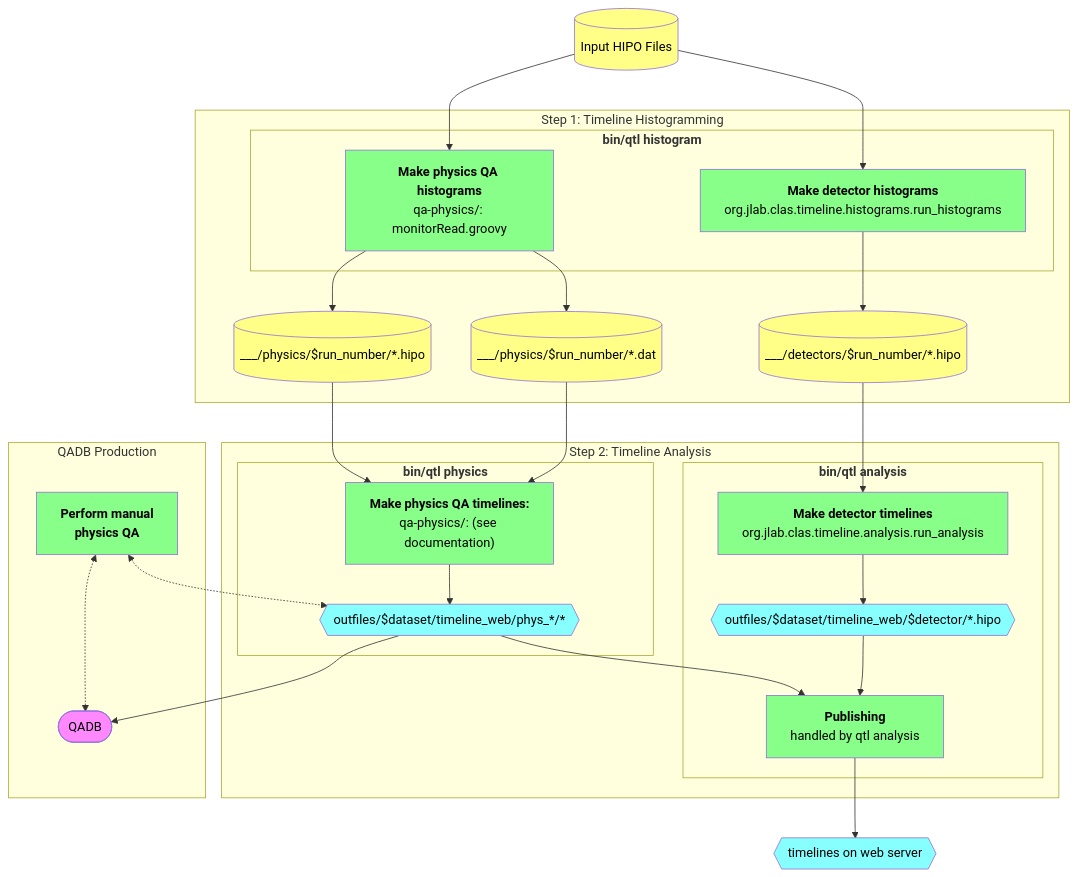
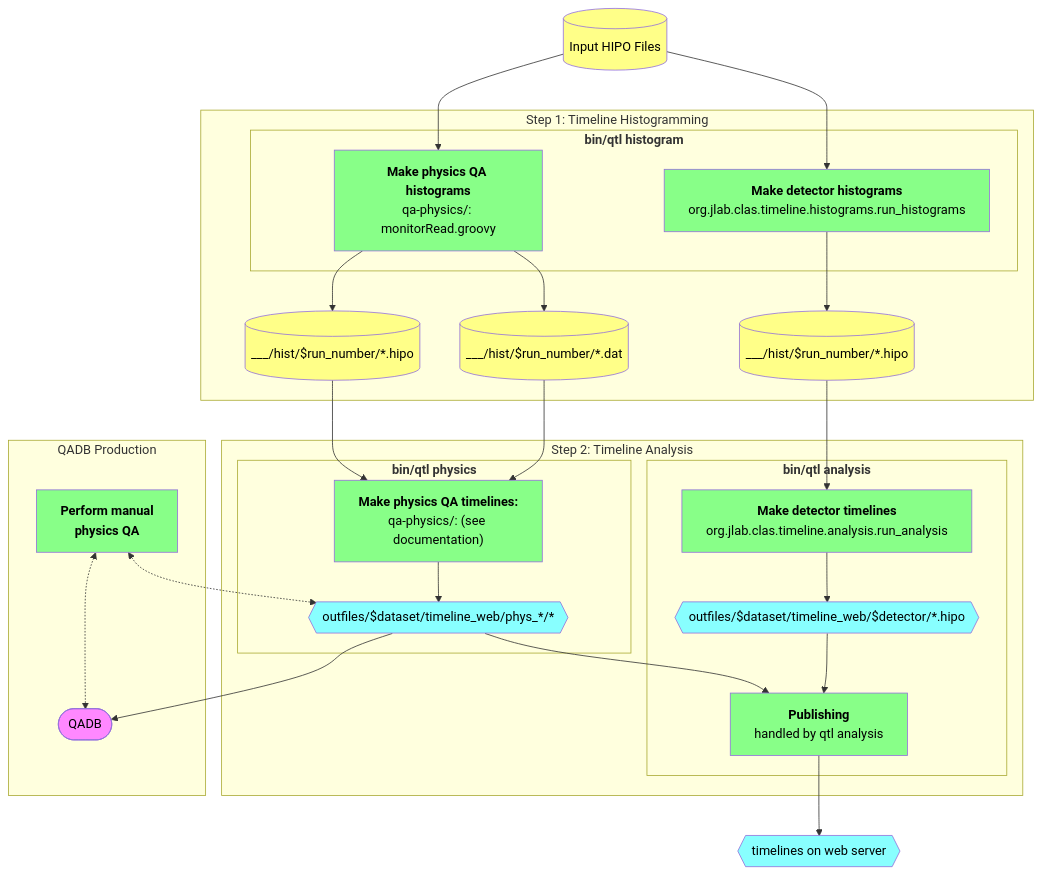
The diagram in doc/dev_notes.md (JeffersonLab/clas12-timeline), drawn with Mermaid before and after one commit. The commit also changed other lines of this file and 4 other files, not shown here.

Commit message:
feat!: merge step 1's `physics` and `detectors`

````diff
--- a/doc/dev_notes.md
+++ b/doc/dev_notes.md
@@ -23,54 +23,54 @@
 ```mermaid
 flowchart TB
 
     classDef proc     fill:#8f8,color:black
     classDef data     fill:#ff8,color:black
     classDef misc     fill:#f8f,color:black
     classDef timeline fill:#8ff,color:black
 
     dst[(Input HIPO Files)]:::data
 
     subgraph Step 1: Timeline Histogramming
         subgraph "<strong>bin/qtl histogram</strong>"
             histogramDetectors["<strong>Make detector histograms</strong><br/>org.jlab.clas.timeline.histograms.run_histograms"]:::proc
             histogramPhysics["<strong>Make physics QA histograms</strong><br/>qa-physics/: monitorRead.groovy"]:::proc
         end
-        outplots[(___/detectors/$run_number/*.hipo)]:::data
-        outdat[(___/physics/$run_number/*.dat)]:::data
-        outmon[(___/physics/$run_number/*.hipo)]:::data
+        outplots[(___/hist/$run_number/*.hipo)]:::data
+        outdat[(___/hist/$run_number/*.dat)]:::data
+        outmon[(___/hist/$run_number/*.hipo)]:::data
     end
     dst --> histogramDetectors
     dst --> histogramPhysics
     histogramDetectors --> outplots
     histogramPhysics   --> outdat
     histogramPhysics   --> outmon
 
     subgraph Step 2: Timeline Analysis
         subgraph "<strong>bin/qtl analysis</strong>"
             timelineDetectors["<strong>Make detector timelines</strong><br/>org.jlab.clas.timeline.analysis.run_analysis"]:::proc
             outTimelineDetectors{{outfiles/$dataset/timeline_web/$detector/*.hipo}}:::timeline
             deploy["<strong>Publishing</strong><br/>handled by qtl analysis"]:::proc
         end
         subgraph "<strong>bin/qtl physics</strong>"
             timelinePhysics["<strong>Make physics QA timelines:</strong><br/>qa-physics/: (see documentation)"]:::proc
             outTimelinePhysics{{outfiles/$dataset/timeline_web/phys_*/*}}:::timeline
         end
     end
     timelineDir{{timelines on web server}}:::timeline
 
     outplots --> timelineDetectors --> outTimelineDetectors
     outdat   --> timelinePhysics
     outmon   --> timelinePhysics
     timelinePhysics --> outTimelinePhysics
     outTimelineDetectors --> deploy
     outTimelinePhysics   --> deploy
     deploy --> timelineDir
 
     subgraph QADB Production
         qadb([QADB]):::misc
         manualQA[<strong>Perform manual<br/>physics QA</strong>]:::proc
     end
     outTimelinePhysics   --> qadb
     manualQA <-.-> outTimelinePhysics
     manualQA <-.-> qadb
 ```
````
